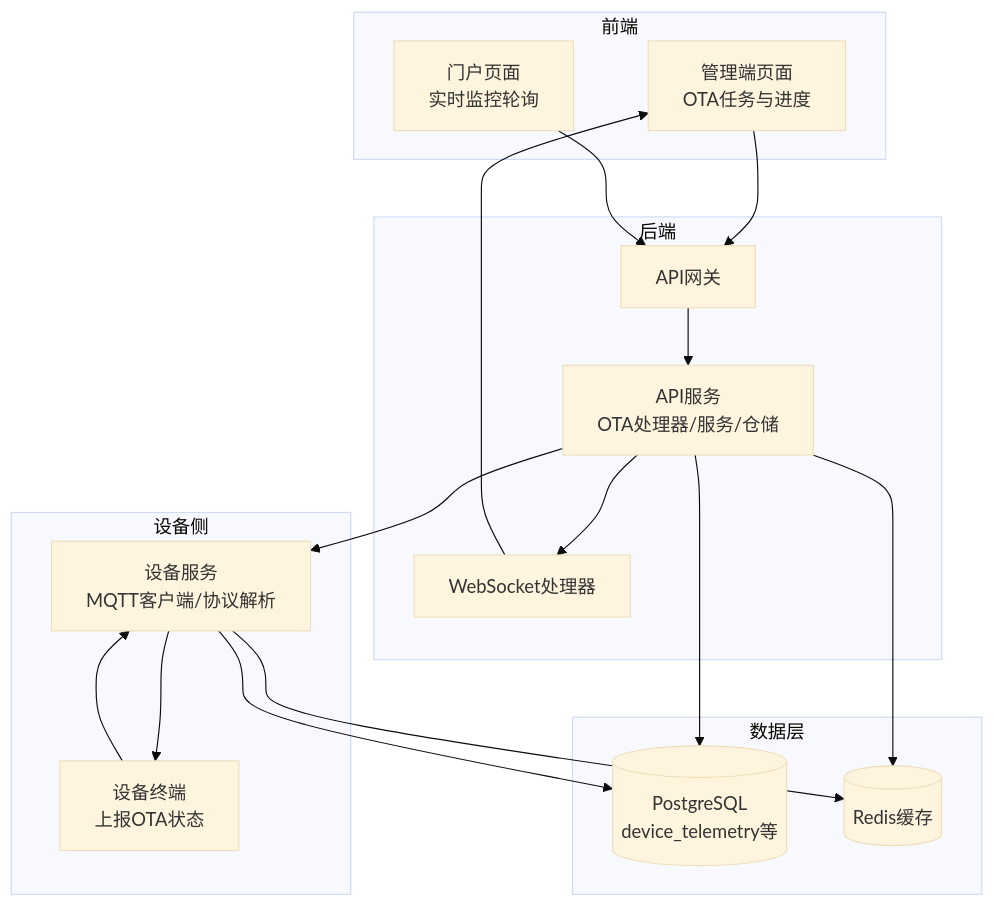
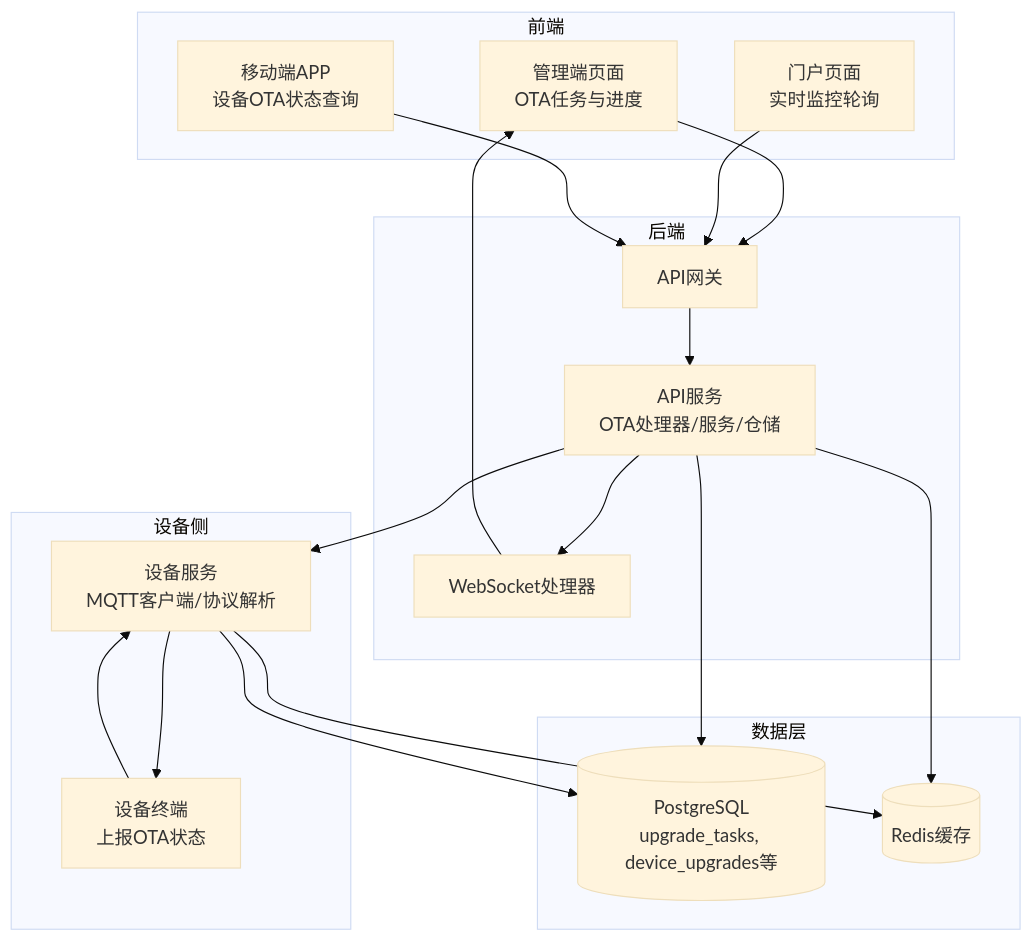
The first of 8 diagrams in .qoder/repowiki/zh/content/OTA升级系统/OTA任务调度/OTA进度跟踪.md (mcmrzy/cs_inv_monitor-develop), drawn with Mermaid (base theme) before and after one commit. The commit also changed other lines of this file and 128 other files, not shown here.

````diff
--- a/.qoder/repowiki/zh/content/OTA升级系统/OTA任务调度/OTA进度跟踪.md
+++ b/.qoder/repowiki/zh/content/OTA升级系统/OTA任务调度/OTA进度跟踪.md
@@ -43,32 +57,34 @@
 ```mermaid
 graph TB
 subgraph "前端"
 FE_Admin["管理端页面<br/>OTA任务与进度"]
 FE_Portal["门户页面<br/>实时监控轮询"]
+MobileApp["移动端APP<br/>设备OTA状态查询"]
 end
 subgraph "后端"
 GW["API网关"]
 API_Server["API服务<br/>OTA处理器/服务/仓储"]
 WS["WebSocket处理器"]
 end
 subgraph "设备侧"
 Dev_Server["设备服务<br/>MQTT客户端/协议解析"]
 Device["设备终端<br/>上报OTA状态"]
 end
 subgraph "数据层"
-PG[(PostgreSQL<br/>device_telemetry等)]
+PG[(PostgreSQL<br/>upgrade_tasks, device_upgrades等)]
 Redis[(Redis缓存)]
 end
 FE_Admin --> GW
 FE_Portal --> GW
+MobileApp --> GW
 GW --> API_Server
 API_Server --> PG
 API_Server --> Redis
 API_Server --> WS
 WS --> FE_Admin
 API_Server --> Dev_Server
 Dev_Server --> Device
 Device --> Dev_Server
 Dev_Server --> PG
 Dev_Server --> Redis
 ```
````
